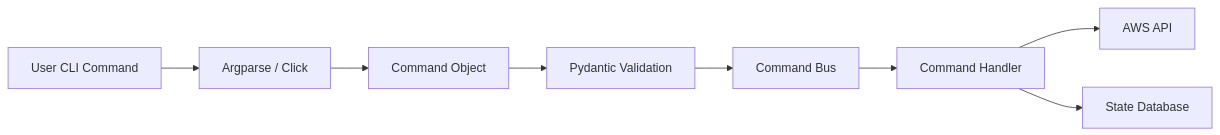
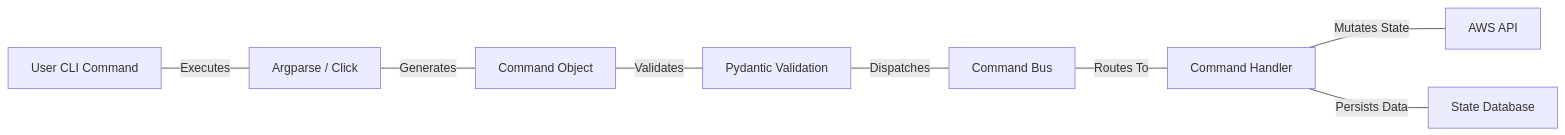
The fourth of 4 diagrams in docs/volume-02/01-python-core-oop-masterclass.md (jithinpnjm/nvidia-devops), drawn with Mermaid before and after one commit. The commit also changed other lines of this file and 110 other files, not shown here.

Commit message:
docs(volume-1-10): complete second-pass refinement of formatting, visual diagrams, and code snippets

````diff
--- a/docs/volume-02/01-python-core-oop-masterclass.md
+++ b/docs/volume-02/01-python-core-oop-masterclass.md
@@ -577,10 +594,10 @@
 ```mermaid
-graph LR
-    CLI[User CLI Command] --> Parser[Argparse / Click]
-    Parser --> CommandObj[Command Object]
-    CommandObj --> Validator[Pydantic Validation]
-    Validator --> Bus[Command Bus]
-    Bus --> Handler[Command Handler]
-    Handler --> AWS[AWS API]
-    Handler --> DB[State Database]
+flowchart LR
+    CLI[User CLI Command] -- "Executes" --- Parser[Argparse / Click]
+    Parser -- "Generates" --- CommandObj[Command Object]
+    CommandObj -- "Validates" --- Validator[Pydantic Validation]
+    Validator -- "Dispatches" --- Bus[Command Bus]
+    Bus -- "Routes To" --- Handler[Command Handler]
+    Handler -- "Mutates State" --- AWS[AWS API]
+    Handler -- "Persists Data" --- DB[State Database]
 ```
````
